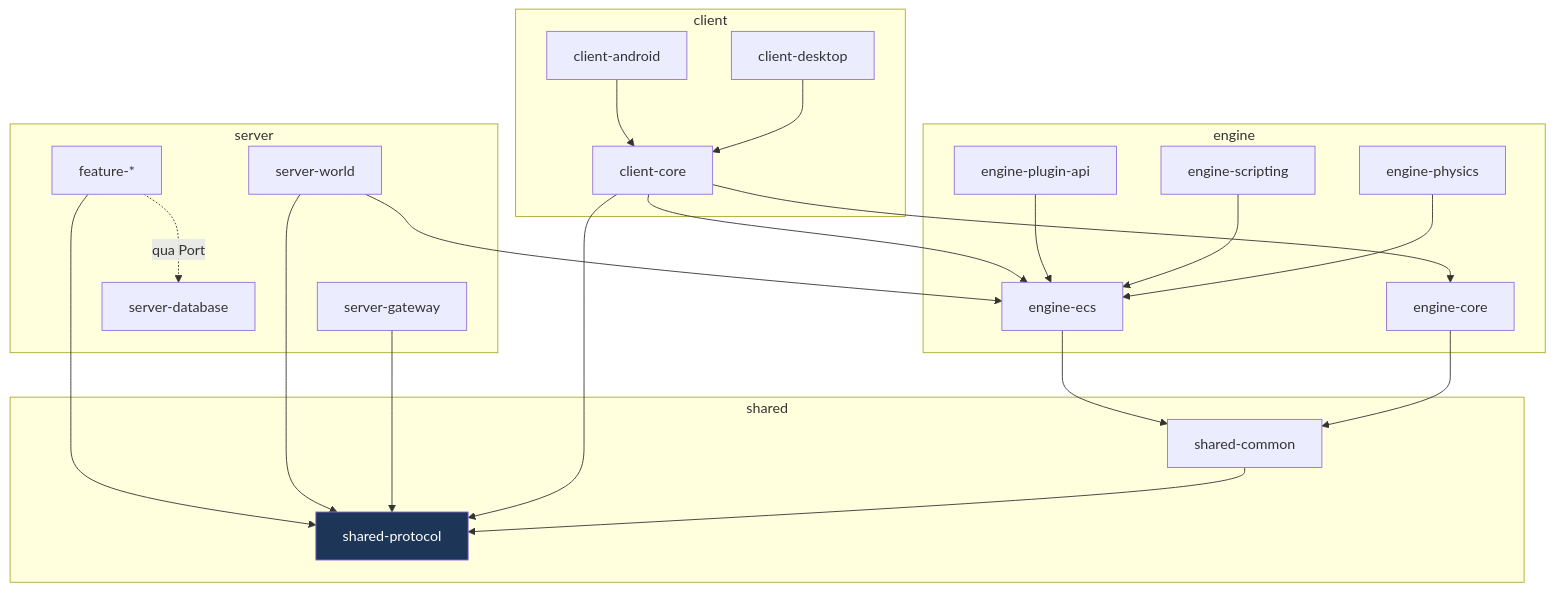
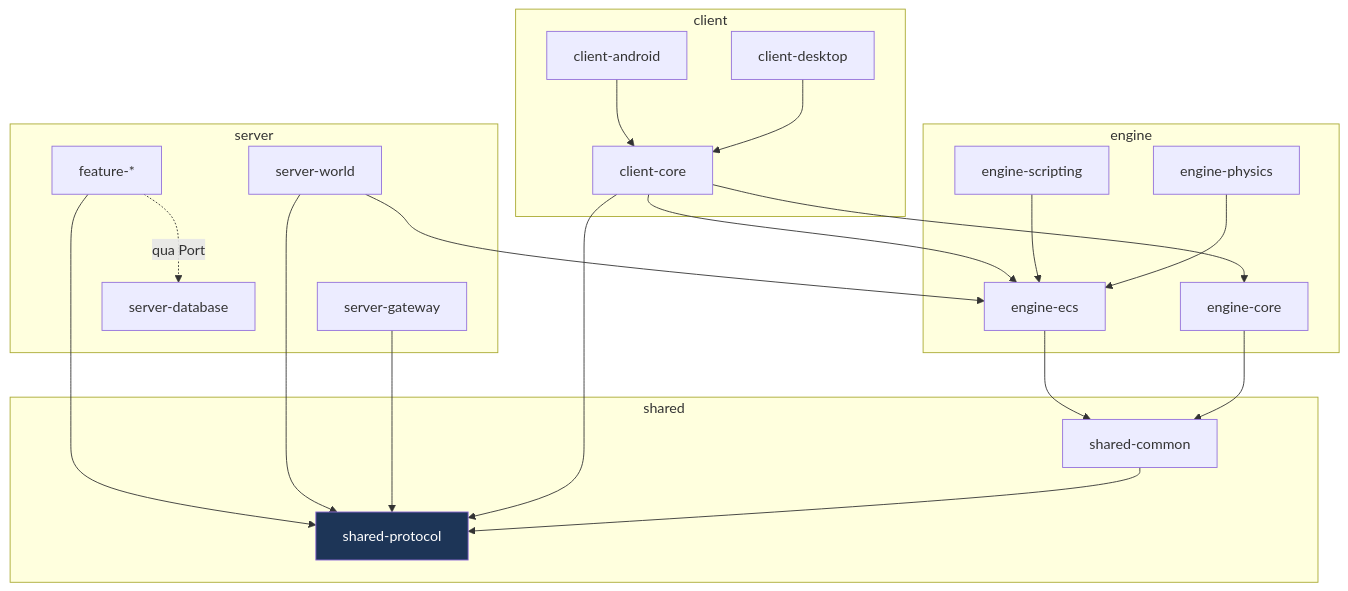
Before and after one commit to ta-min-hieu/shinobi-engine: the sixth of 10 diagrams in docs/01-architecture/ARCHITECTURE.md, drawn with Mermaid. The commit also changed 18 other files, not shown here.

````diff
--- a/docs/01-architecture/ARCHITECTURE.md
+++ b/docs/01-architecture/ARCHITECTURE.md
@@ -214,44 +214,42 @@
 ```mermaid
 graph TB
     subgraph shared
         SP["shared-protocol"]
         SC["shared-common"]
     end
     subgraph engine
         EC["engine-core"]
         EE["engine-ecs"]
         EP["engine-physics"]
         ES["engine-scripting"]
-        EA["engine-plugin-api"]
     end
     subgraph client
         CC["client-core"]
         CD["client-desktop"]
         CA["client-android"]
     end
     subgraph server
         SG["server-gateway"]
         SW["server-world"]
         SD["server-database"]
         SF["feature-*"]
     end
 
     SC --> SP
     EC --> SC
     EE --> SC
     EP --> EE
     ES --> EE
-    EA --> EE
     CC --> EC
     CC --> EE
     CC --> SP
     CD --> CC
     CA --> CC
     SG --> SP
     SW --> EE
     SW --> SP
     SF --> SP
     SF -.->|"qua Port"| SD
 
     style SP fill:#1d3557,color:#fff
 ```
````
